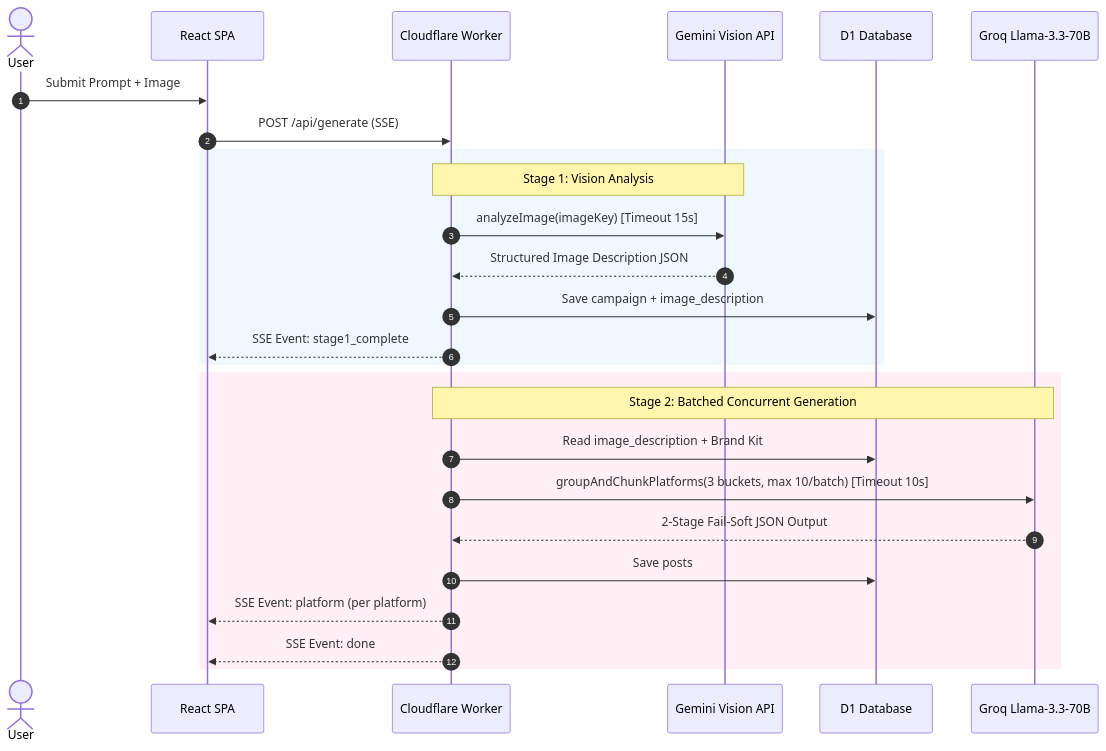
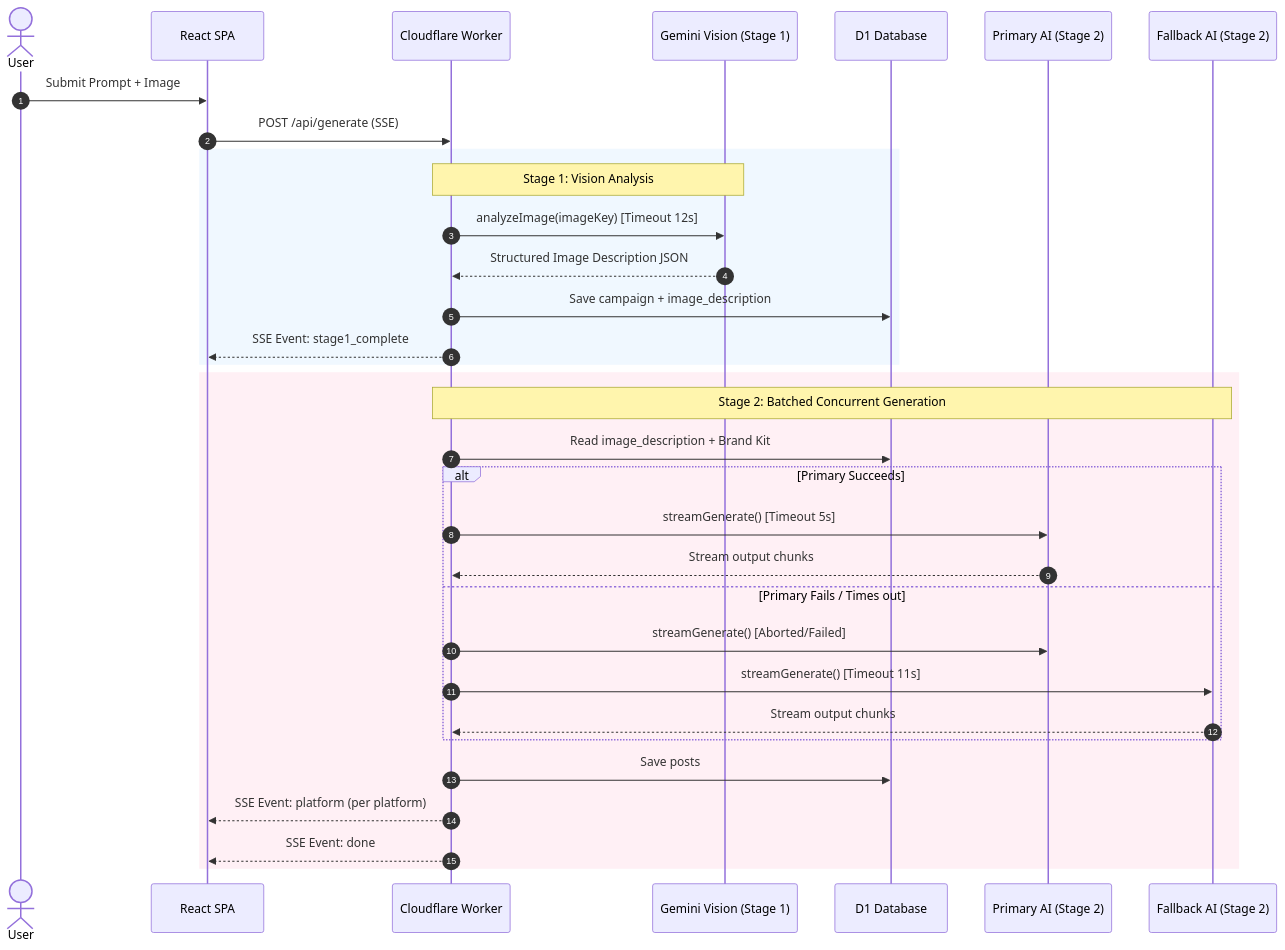
The diagram in docs/features/two-stage-generation.md (jaisankarpeddiboyina-creator/bypostmaker), drawn with Mermaid before and after one commit. The commit also changed other lines of this file and 1 other file, not shown here.

Commit message:
docs: update two-stage specification and index with fallback routing, timeouts, and overrides

````diff
--- a/docs/features/two-stage-generation.md
+++ b/docs/features/two-stage-generation.md
@@ -57,31 +59,38 @@
 ```mermaid
 sequenceDiagram
     autonumber
     actor User
     participant Frontend as React SPA
     participant Worker as Cloudflare Worker
-    participant Gemini as Gemini Vision API
+    participant GeminiV as Gemini Vision (Stage 1)
     participant D1 as D1 Database
-    participant Groq as Groq Llama-3.3-70B
+    participant Primary as Primary AI (Stage 2)
+    participant Fallback as Fallback AI (Stage 2)
 
     User->>Frontend: Submit Prompt + Image
     Frontend->>Worker: POST /api/generate (SSE)
     
     rect rgb(240, 248, 255)
-        note over Worker, Gemini: Stage 1: Vision Analysis
-        Worker->>Gemini: analyzeImage(imageKey) [Timeout 15s]
-        Gemini-->>Worker: Structured Image Description JSON
+        note over Worker, GeminiV: Stage 1: Vision Analysis
+        Worker->>GeminiV: analyzeImage(imageKey) [Timeout 12s]
+        GeminiV-->>Worker: Structured Image Description JSON
         Worker->>D1: Save campaign + image_description
         Worker-->>Frontend: SSE Event: stage1_complete
     end
 
     rect rgb(255, 240, 245)
-        note over Worker, Groq: Stage 2: Batched Concurrent Generation
+        note over Worker, Fallback: Stage 2: Batched Concurrent Generation
         Worker->>D1: Read image_description + Brand Kit
-        Worker->>Groq: groupAndChunkPlatforms(3 buckets, max 10/batch) [Timeout 10s]
-        Groq-->>Worker: 2-Stage Fail-Soft JSON Output
+        alt Primary Succeeds
+            Worker->>Primary: streamGenerate() [Timeout 5s]
+            Primary-->>Worker: Stream output chunks
+        else Primary Fails / Times out
+            Worker->>Primary: streamGenerate() [Aborted/Failed]
+            Worker->>Fallback: streamGenerate() [Timeout 11s]
+            Fallback-->>Worker: Stream output chunks
+        end
         Worker->>D1: Save posts
         Worker-->>Frontend: SSE Event: platform (per platform)
         Worker-->>Frontend: SSE Event: done
     end
 ```
````
